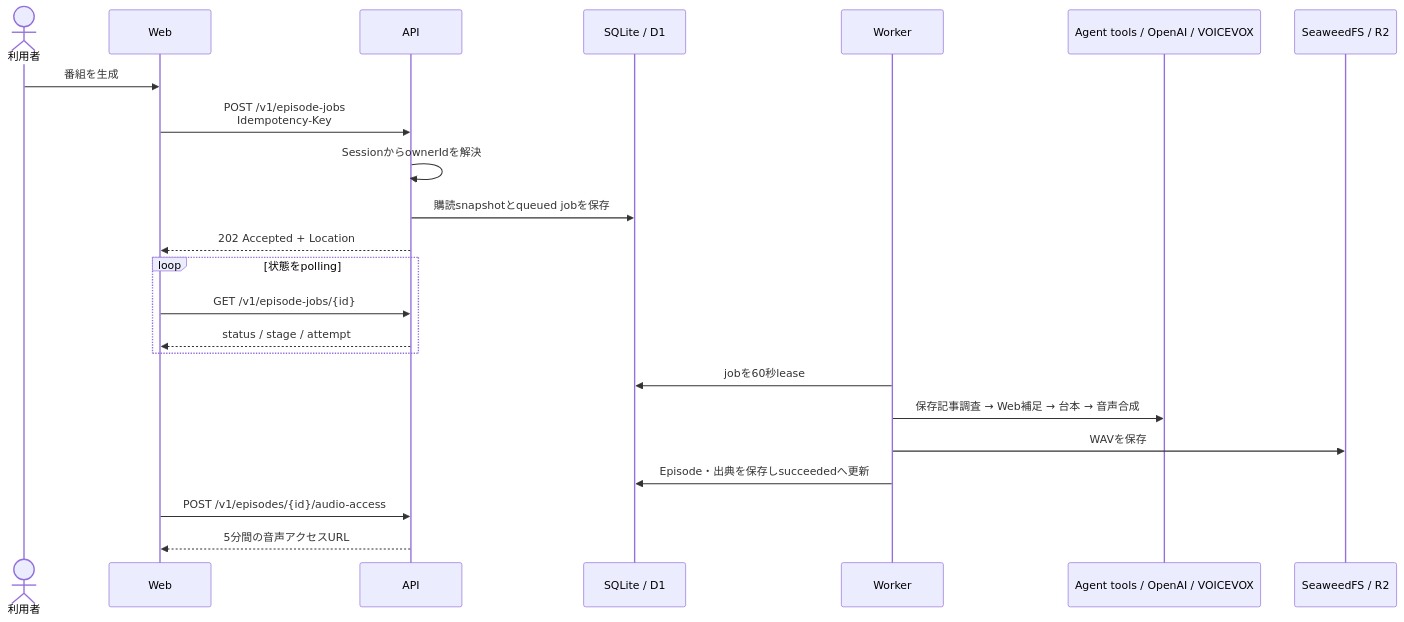
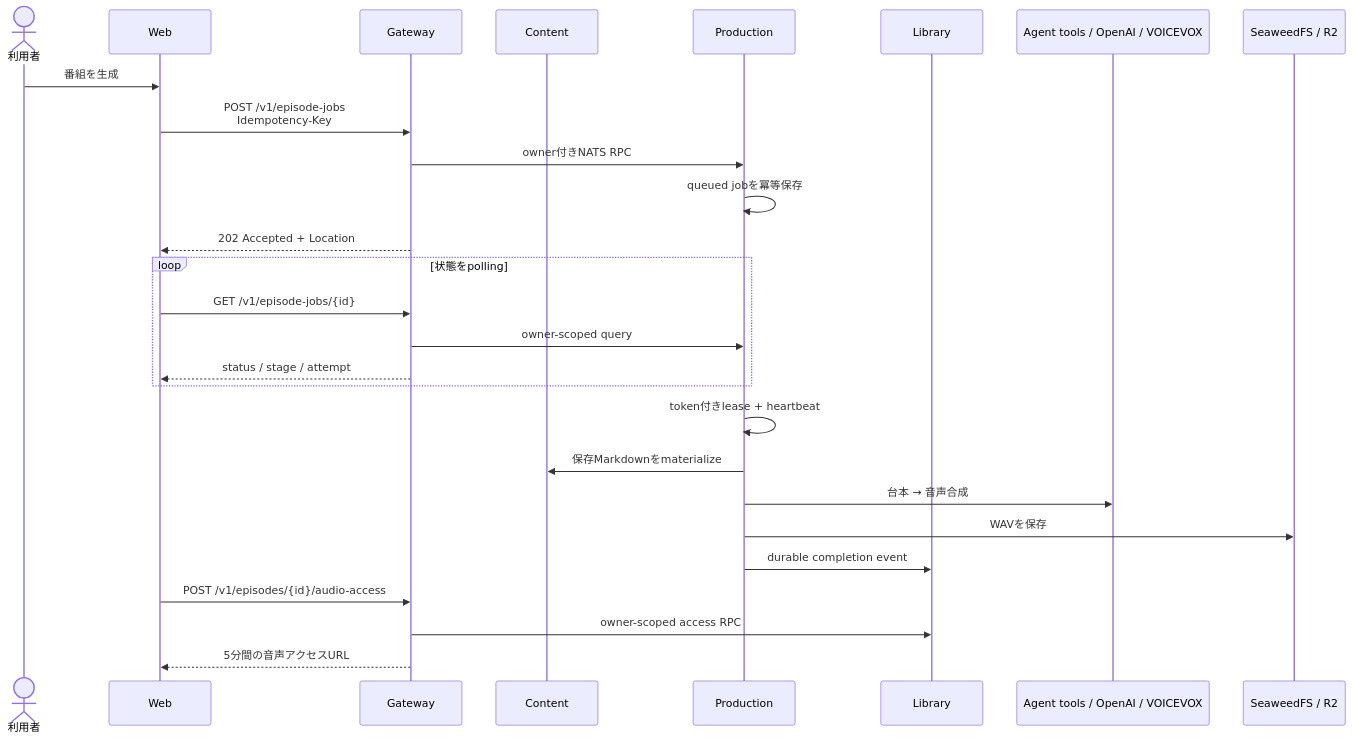
One commit to r4ai/news-podcast changed the sixth of 9 diagrams in docs/architecture.md. Above: the diagram before and after it, drawn with Mermaid. The commit also changed other lines of this file, not shown here.

Commit message:
docs(architecture): show functional runtime topology

````diff
--- a/docs/architecture.md
+++ b/docs/architecture.md
@@ -214,26 +219,30 @@
 ```mermaid
 sequenceDiagram
   actor User as 利用者
   participant Web
-  participant API
-  participant DB as SQLite / D1
-  participant Worker
+  participant Gateway
+  participant Content
+  participant Production
+  participant Library
   participant Providers as Agent tools / OpenAI / VOICEVOX
   participant Objects as SeaweedFS / R2
 
   User->>Web: 番組を生成
-  Web->>API: POST /v1/episode-jobs<br/>Idempotency-Key
-  API->>API: SessionからownerIdを解決
-  API->>DB: 購読snapshotとqueued jobを保存
-  API-->>Web: 202 Accepted + Location
+  Web->>Gateway: POST /v1/episode-jobs<br/>Idempotency-Key
+  Gateway->>Production: owner付きNATS RPC
+  Production->>Production: queued jobを冪等保存
+  Gateway-->>Web: 202 Accepted + Location
   loop 状態をpolling
-    Web->>API: GET /v1/episode-jobs/{id}
-    API-->>Web: status / stage / attempt
+    Web->>Gateway: GET /v1/episode-jobs/{id}
+    Gateway->>Production: owner-scoped query
+    Gateway-->>Web: status / stage / attempt
   end
-  Worker->>DB: jobを60秒lease
-  Worker->>Providers: 保存記事調査 → Web補足 → 台本 → 音声合成
-  Worker->>Objects: WAVを保存
-  Worker->>DB: Episode・出典を保存しsucceededへ更新
-  Web->>API: POST /v1/episodes/{id}/audio-access
-  API-->>Web: 5分間の音声アクセスURL
+  Production->>Production: token付きlease + heartbeat
+  Production->>Content: 保存Markdownをmaterialize
+  Production->>Providers: 台本 → 音声合成
+  Production->>Objects: WAVを保存
+  Production->>Library: durable completion event
+  Web->>Gateway: POST /v1/episodes/{id}/audio-access
+  Gateway->>Library: owner-scoped access RPC
+  Gateway-->>Web: 5分間の音声アクセスURL
 ```
````
